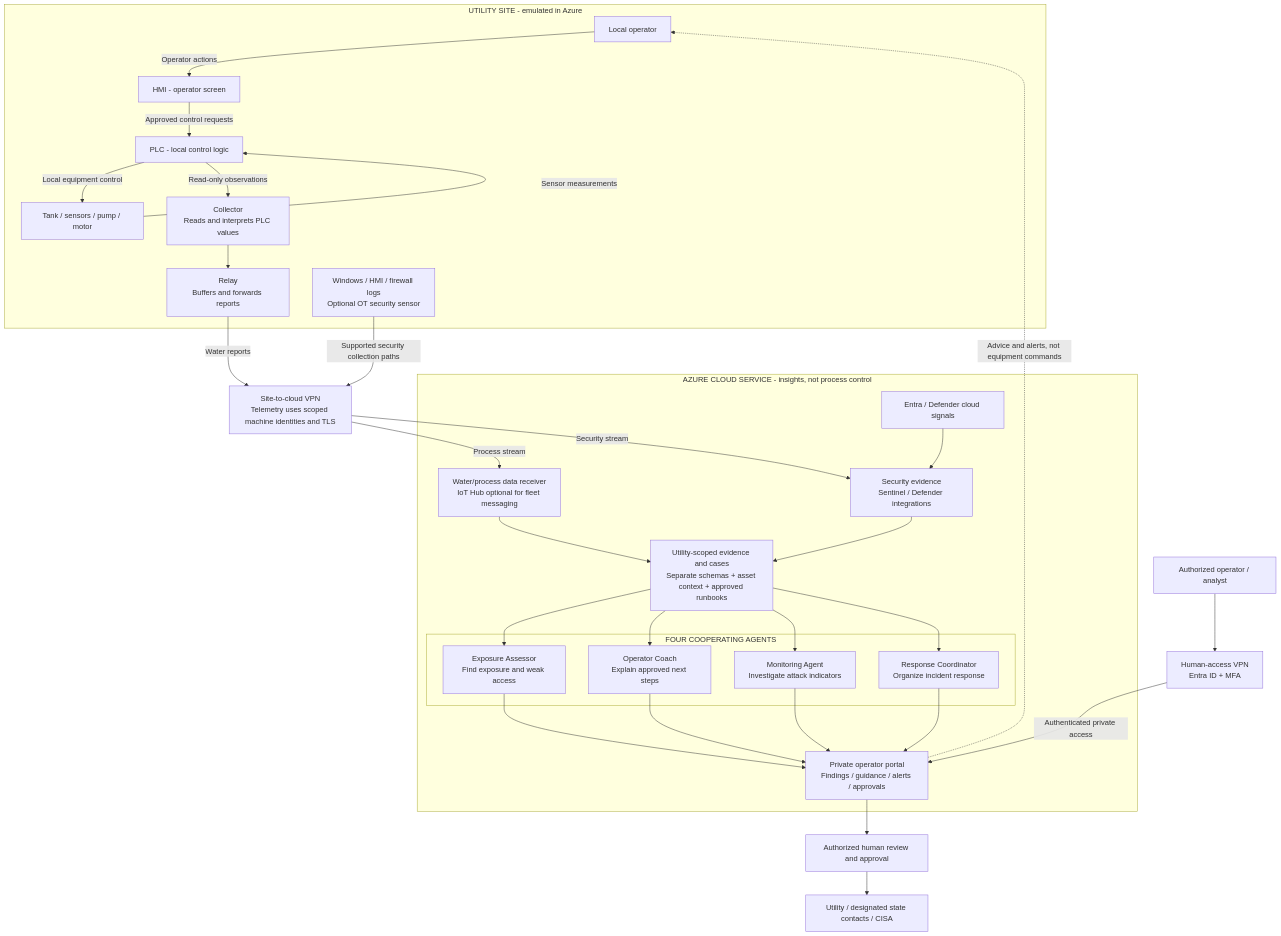
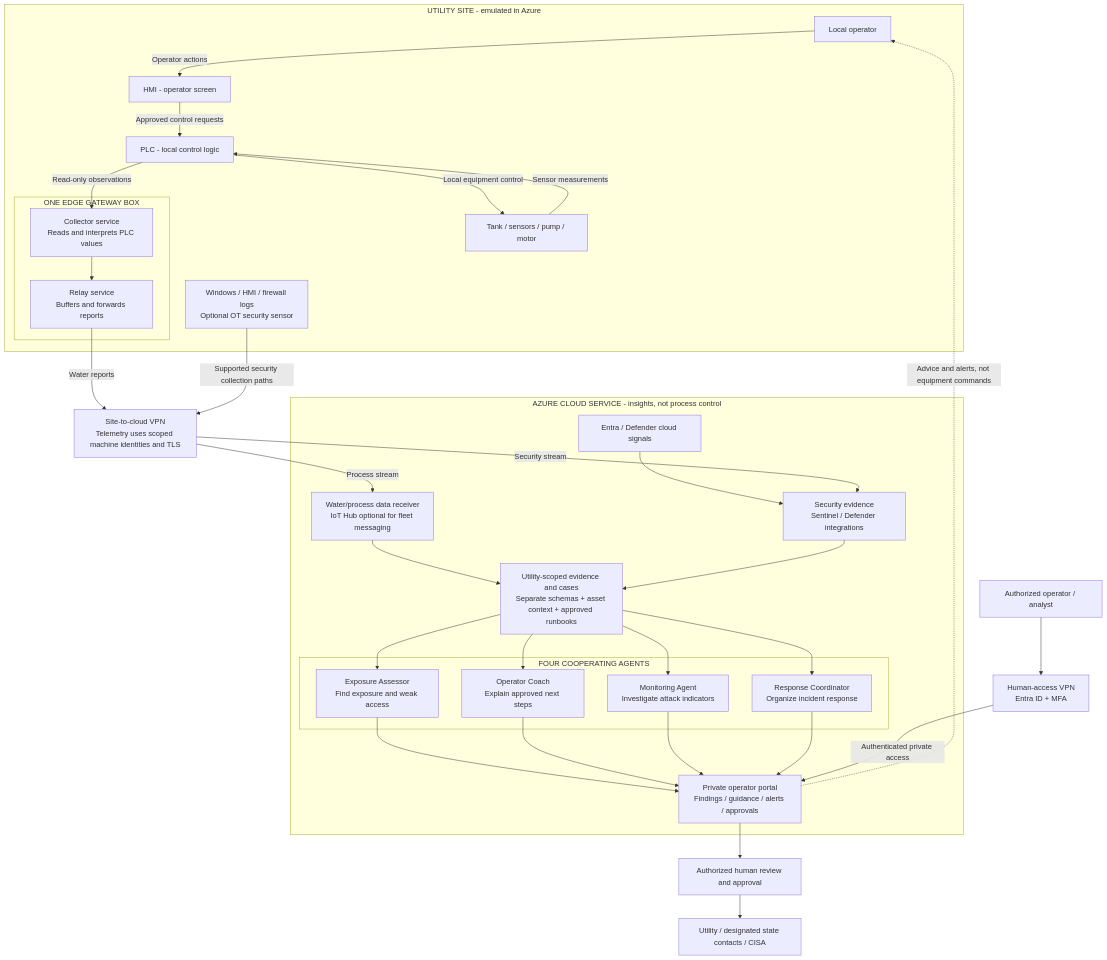
One commit to srvenkatms/WaterSupplyInisghtIQ changed the first of 2 diagrams in docs/target-architecture.md. Above: the diagram before and after it, drawn with Mermaid. The commit also changed other lines of this file, not shown here.

Commit message:
Combine Target collector and relay on one edge gateway

````diff
--- a/docs/target-architecture.md
+++ b/docs/target-architecture.md
@@ -39,57 +42,59 @@
 ```mermaid
 flowchart TB
   subgraph UtilityConcept["UTILITY SITE - emulated in Azure"]
     LocalOperator["Local operator"]
     LocalHMI["HMI - operator screen"]
     LocalPLC["PLC - local control logic"]
     Equipment["Tank / sensors / pump / motor"]
-    ReadCollector["Collector<br/>Reads and interprets PLC values"]
-    ForwardRelay["Relay<br/>Buffers and forwards reports"]
+    subgraph EdgeConcept["ONE EDGE GATEWAY BOX"]
+      ReadCollector["Collector service<br/>Reads and interprets PLC values"]
+      ForwardRelay["Relay service<br/>Buffers and forwards reports"]
+    end
     LocalSecurity["Windows / HMI / firewall logs<br/>Optional OT security sensor"]
     LocalOperator -->|"Operator actions"| LocalHMI
     LocalHMI -->|"Approved control requests"| LocalPLC
     LocalPLC -->|"Local equipment control"| Equipment
     Equipment -->|"Sensor measurements"| LocalPLC
     LocalPLC -->|"Read-only observations"| ReadCollector
     ReadCollector --> ForwardRelay
   end
 
   SiteConnection["Site-to-cloud VPN<br/>Telemetry uses scoped machine identities and TLS"]
   RemoteHuman["Authorized operator / analyst"]
   HumanConnection["Human-access VPN<br/>Entra ID + MFA"]
   ForwardRelay -->|"Water reports"| SiteConnection
   LocalSecurity -->|"Supported security collection paths"| SiteConnection
   RemoteHuman --> HumanConnection
 
   subgraph CloudConcept["AZURE CLOUD SERVICE - insights, not process control"]
     WaterReceiver["Water/process data receiver<br/>IoT Hub optional for fleet messaging"]
     SecurityReceiver["Security evidence<br/>Sentinel / Defender integrations"]
     CloudSecurity["Entra / Defender cloud signals"]
     EvidenceContext["Utility-scoped evidence and cases<br/>Separate schemas + asset context + approved runbooks"]
     subgraph AgentConcept["FOUR COOPERATING AGENTS"]
       Exposure["Exposure Assessor<br/>Find exposure and weak access"]
       Coach["Operator Coach<br/>Explain approved next steps"]
       Monitor["Monitoring Agent<br/>Investigate attack indicators"]
       Coordinator["Response Coordinator<br/>Organize incident response"]
     end
     PrivatePortal["Private operator portal<br/>Findings / guidance / alerts / approvals"]
     WaterReceiver --> EvidenceContext
     SecurityReceiver --> EvidenceContext
     CloudSecurity --> SecurityReceiver
     EvidenceContext --> Exposure
     EvidenceContext --> Coach
     EvidenceContext --> Monitor
     EvidenceContext --> Coordinator
     Exposure --> PrivatePortal
     Coach --> PrivatePortal
     Monitor --> PrivatePortal
     Coordinator --> PrivatePortal
   end
 
   SiteConnection -->|"Process stream"| WaterReceiver
   SiteConnection -->|"Security stream"| SecurityReceiver
   HumanConnection -->|"Authenticated private access"| PrivatePortal
   PrivatePortal -.->|"Advice and alerts, not equipment commands"| LocalOperator
   PrivatePortal --> Approval["Authorized human review and approval"]
   Approval --> Contacts["Utility / designated state contacts / CISA"]
 ```
````
